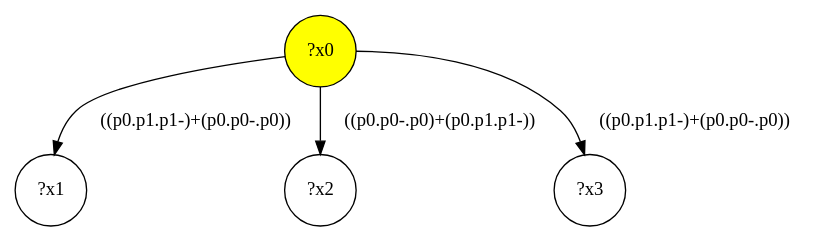
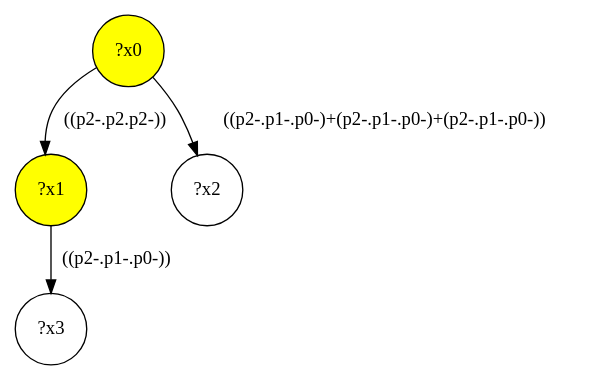
One commit to gbagan/gmark changed the diagram in src/queryinterface/interface-queries/query-15.dot. Above: the diagram before and after it, drawn with Graphviz. The commit also changed 153 other files, not shown here.

```diff
--- a/src/queryinterface/interface-queries/query-15.dot
+++ b/src/queryinterface/interface-queries/query-15.dot
@@ -1,9 +1,9 @@
 digraph g {
 	x0 [fillcolor="yellow", style="filled," shape=circle, label="?x0"];
-	x1 [shape=circle, label="?x1"];
-	x0 -> x1 [label="((p0.p1.p1-)+(p0.p0-.p0))"];
+	x1 [fillcolor="yellow", style="filled," shape=circle, label="?x1"];
+	x0 -> x1 [label="((p2-.p2.p2-))"];
 	x2 [shape=circle, label="?x2"];
-	x0 -> x2 [label="((p0.p0-.p0)+(p0.p1.p1-))"];
+	x0 -> x2 [label="((p2-.p1-.p0-)+(p2-.p1-.p0-)+(p2-.p1-.p0-))"];
 	x3 [shape=circle, label="?x3"];
-	x0 -> x3 [label="((p0.p1.p1-)+(p0.p0-.p0))"];
+	x1 -> x3 [label="((p2-.p1-.p0-))"];
 }
```
